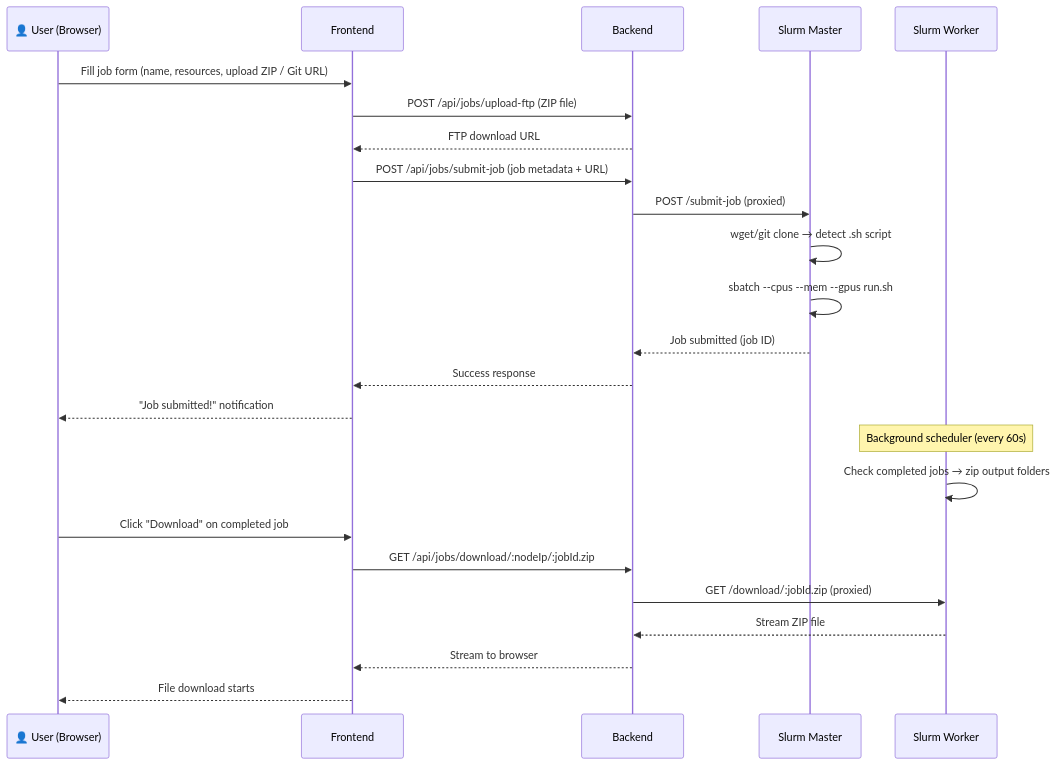
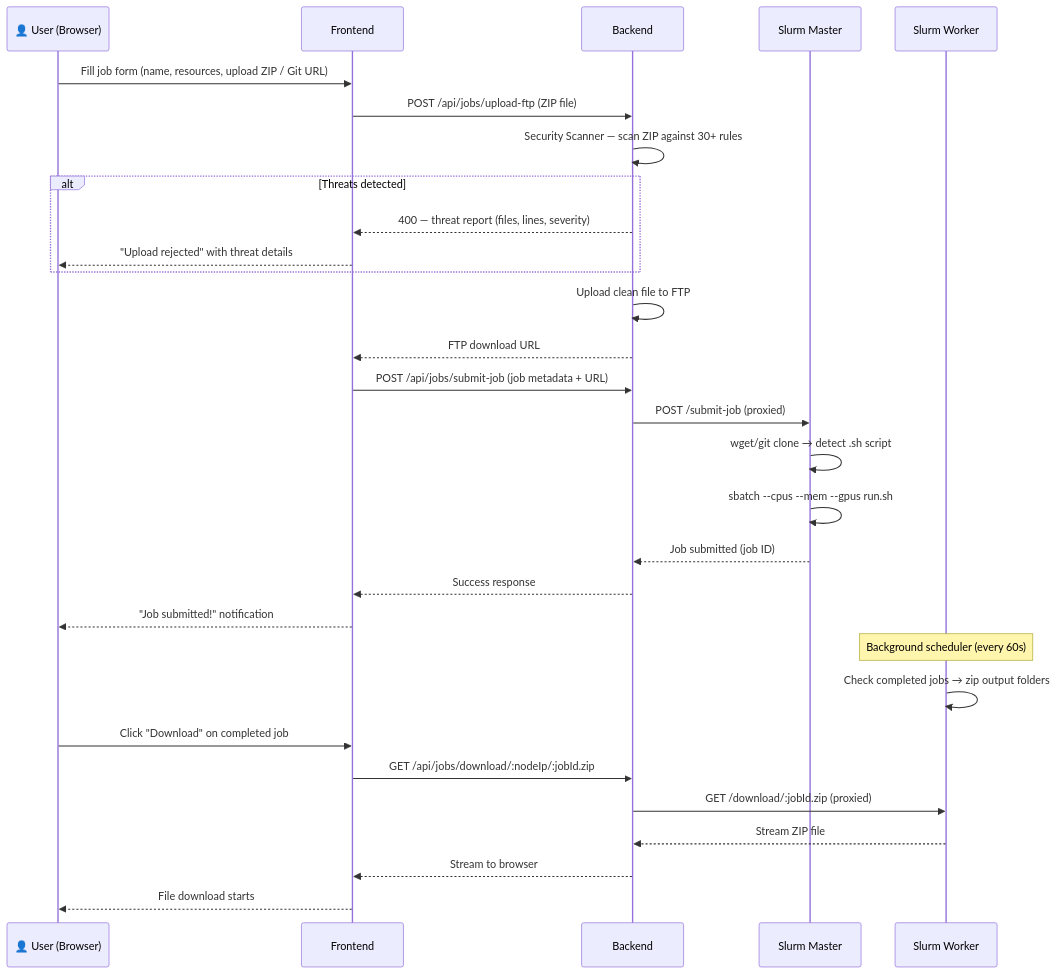
One commit to Questra-Digital/HPC-Slurm-Hex changed the diagram in README.md. Above: the diagram before and after it, drawn with Mermaid. The commit also changed other lines of this file and 1 other file, not shown here.

````diff
--- a/README.md
+++ b/README.md
@@ -393,28 +438,34 @@
 ```mermaid
 sequenceDiagram
     participant User as 👤 User (Browser)
     participant FE as Frontend
     participant BE as Backend
     participant SM as Slurm Master
     participant SW as Slurm Worker
 
     User->>FE: Fill job form (name, resources, upload ZIP / Git URL)
     FE->>BE: POST /api/jobs/upload-ftp (ZIP file)
+    BE->>BE: Security Scanner — scan ZIP against 30+ rules
+    alt Threats detected
+        BE-->>FE: 400 — threat report (files, lines, severity)
+        FE-->>User: "Upload rejected" with threat details
+    end
+    BE->>BE: Upload clean file to FTP
     BE-->>FE: FTP download URL
     FE->>BE: POST /api/jobs/submit-job (job metadata + URL)
     BE->>SM: POST /submit-job (proxied)
     SM->>SM: wget/git clone → detect .sh script
     SM->>SM: sbatch --cpus --mem --gpus run.sh
     SM-->>BE: Job submitted (job ID)
     BE-->>FE: Success response
     FE-->>User: "Job submitted!" notification
 
     Note over SW: Background scheduler (every 60s)
     SW->>SW: Check completed jobs → zip output folders
     User->>FE: Click "Download" on completed job
     FE->>BE: GET /api/jobs/download/:nodeIp/:jobId.zip
     BE->>SW: GET /download/:jobId.zip (proxied)
     SW-->>BE: Stream ZIP file
     BE-->>FE: Stream to browser
     FE-->>User: File download starts
 ```
````
